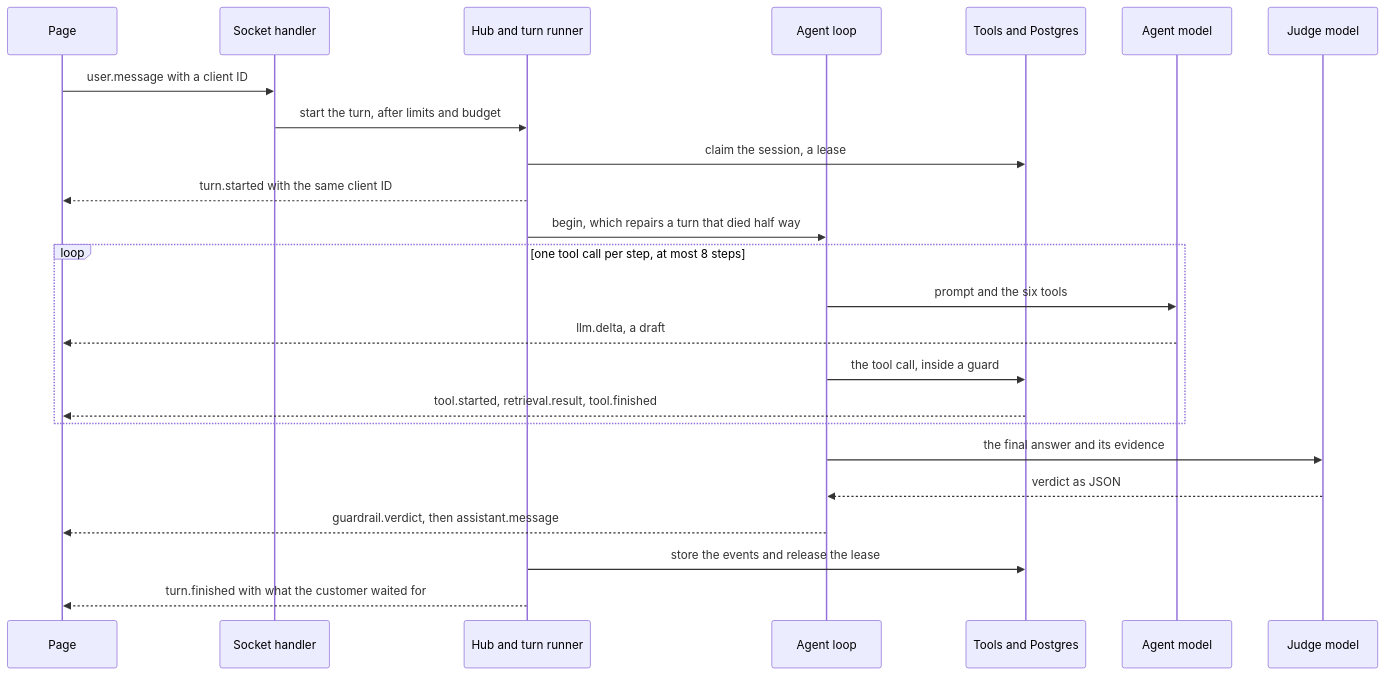
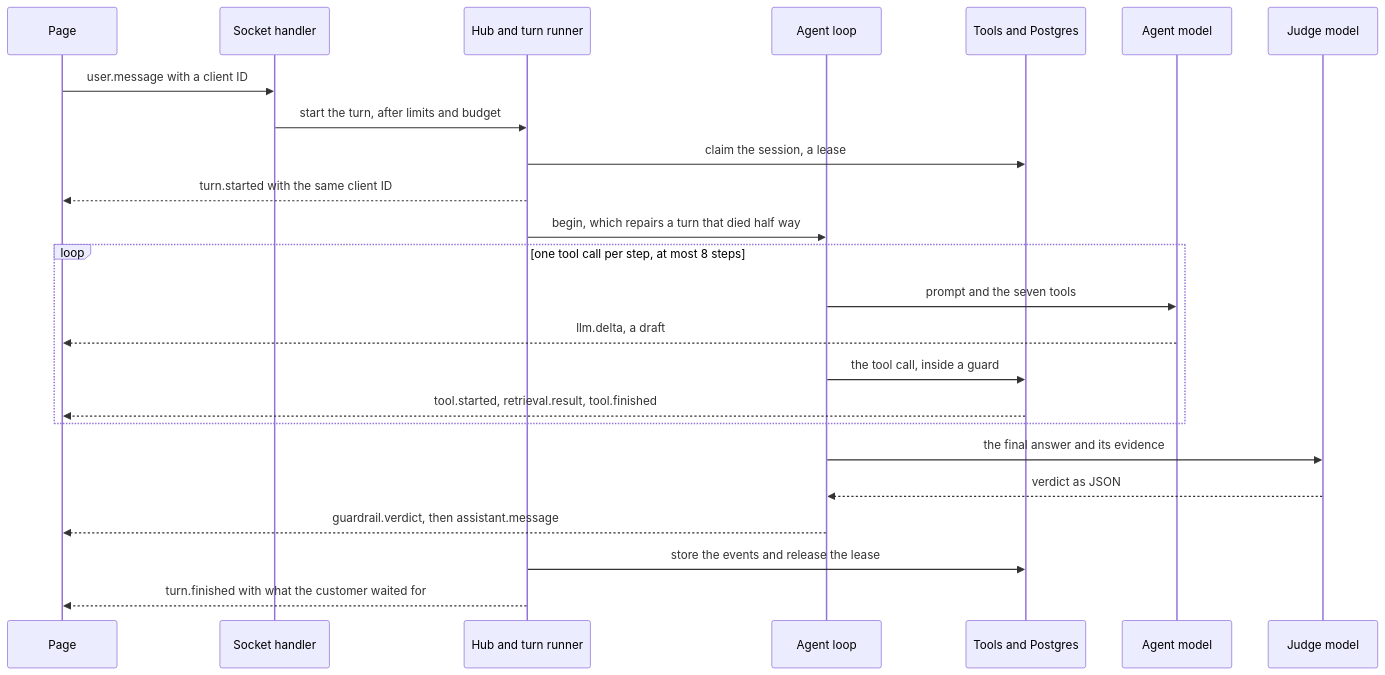
One commit to raghav-rathi/AISupportAgent changed the second of 5 diagrams in ARCHITECTURE.md. Above: the diagram before and after it, drawn with Mermaid. The commit also changed other lines of this file and 46 other files, not shown here.

````diff
--- a/ARCHITECTURE.md
+++ b/ARCHITECTURE.md
@@ -72,26 +78,26 @@
 ```mermaid
 sequenceDiagram
     participant P as Page
     participant S as Socket handler
     participant H as Hub and turn runner
     participant G as Agent loop
     participant T as Tools and Postgres
     participant M as Agent model
     participant J as Judge model
     P->>S: user.message with a client ID
     S->>H: start the turn, after limits and budget
     H->>T: claim the session, a lease
     H-->>P: turn.started with the same client ID
     H->>G: begin, which repairs a turn that died half way
     loop one tool call per step, at most 8 steps
-        G->>M: prompt and the six tools
+        G->>M: prompt and the seven tools
         M-->>P: llm.delta, a draft
         G->>T: the tool call, inside a guard
         T-->>P: tool.started, retrieval.result, tool.finished
     end
     G->>J: the final answer and its evidence
     J-->>G: verdict as JSON
     G-->>P: guardrail.verdict, then assistant.message
     H->>T: store the events and release the lease
     H-->>P: turn.finished with what the customer waited for
 ```
````
